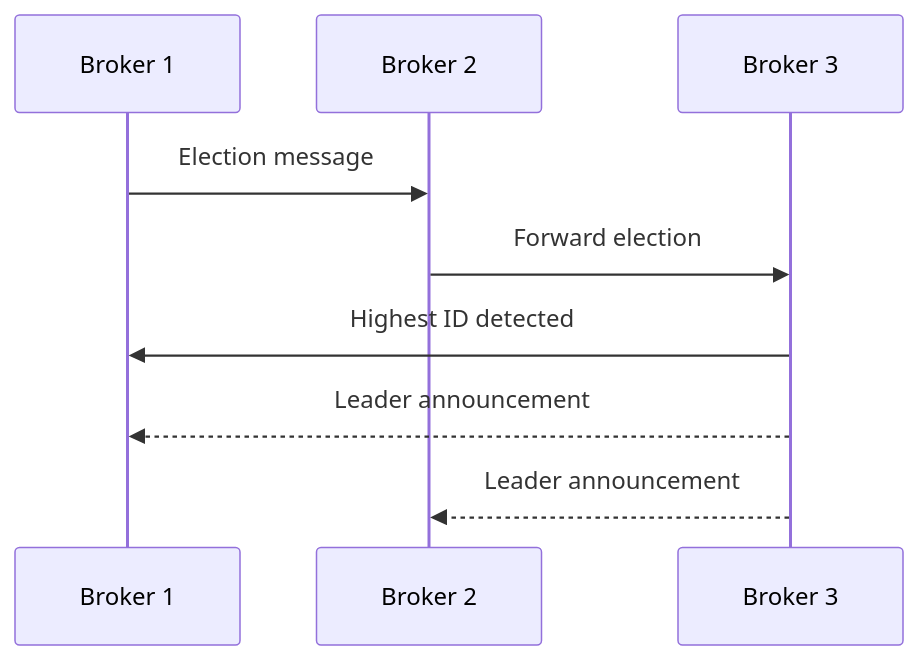
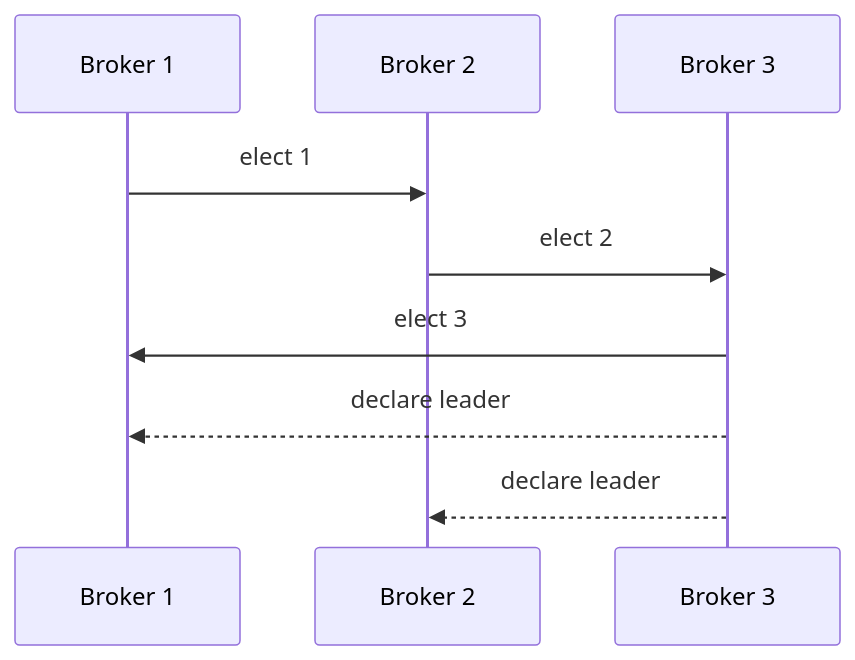
The fourth of 4 diagrams in README.md (AlexanderT02/broker-leader-election), drawn with Mermaid before and after one commit. The commit also changed other lines of this file, not shown here.

````diff
--- a/README.md
+++ b/README.md
@@ -165,12 +211,12 @@
-``` mermaid
+```mermaid
 sequenceDiagram
     participant B1 as Broker 1
     participant B2 as Broker 2
     participant B3 as Broker 3
 
-    B1->>B2: Election message
-    B2->>B3: Forward election
-    B3->>B1: Highest ID detected
-    B3-->>B1: Leader announcement
-    B3-->>B2: Leader announcement
+    B1->>B2: elect 1
+    B2->>B3: elect 2
+    B3->>B1: elect 3
+    B3-->>B1: declare leader
+    B3-->>B2: declare leader
 ```
````
